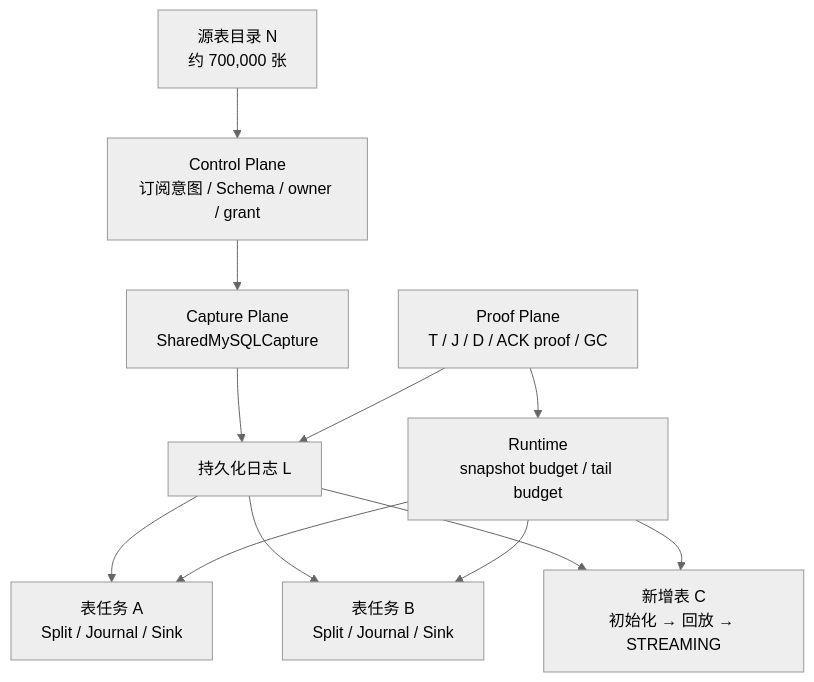
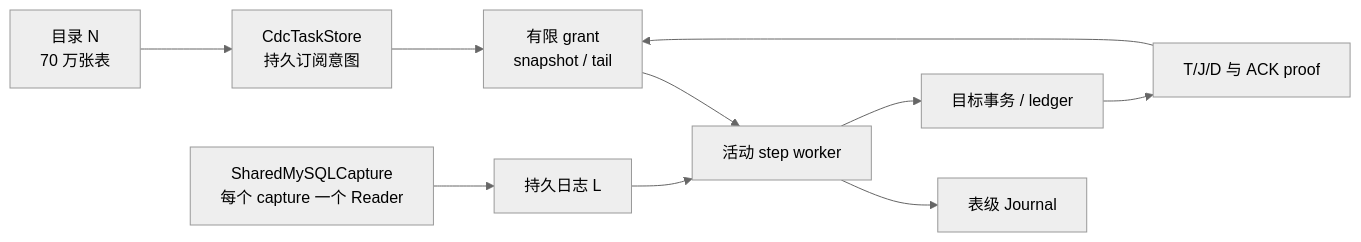
Before and after one commit to Xuxiaotuan/Xuxiaotuan.github.io: the diagram in _posts/pekko/2026-10-18-pekko-cdc-1-resident-tasks.md, drawn with Mermaid (neutral theme). The commit also changed other lines of this file and 11 other files, not shown here.

````diff
--- a/_posts/pekko/2026-10-18-pekko-cdc-1-resident-tasks.md
+++ b/_posts/pekko/2026-10-18-pekko-cdc-1-resident-tasks.md
@@ -37,14 +53,12 @@
 ```mermaid
-flowchart TB
-    Catalog["源表目录 N<br/>约 700,000 张"] --> Control["Control Plane<br/>订阅意图 / Schema / owner / grant"]
-    Control --> Capture["Capture Plane<br/>SharedMySQLCapture"]
-    Capture --> Log["持久化日志 L"]
-    Log --> TaskA["表任务 A<br/>Split / Journal / Sink"]
-    Log --> TaskB["表任务 B<br/>Split / Journal / Sink"]
-    Log --> TaskC["新增表 C<br/>初始化 → 回放 → STREAMING"]
-    Runtime["Runtime<br/>snapshot budget / tail budget"] --> TaskA
-    Runtime --> TaskB
-    Runtime --> TaskC
-    Proof["Proof Plane<br/>T / J / D / ACK proof / GC"] --> Runtime
-    Proof --> Log
+flowchart LR
+    N["目录 N<br/>70 万张表"] --> C["CdcTaskStore<br/>持久订阅意图"]
+    C --> G["有限 grant<br/>snapshot / tail"]
+    G --> W["活动 step worker"]
+    R["SharedMySQLCapture<br/>每个 capture 一个 Reader"] --> L["持久日志 L"]
+    L --> W
+    W --> J["表级 Journal"]
+    W --> T["目标事务 / ledger"]
+    T --> P["T/J/D 与 ACK proof"]
+    P --> G
 ```
````
